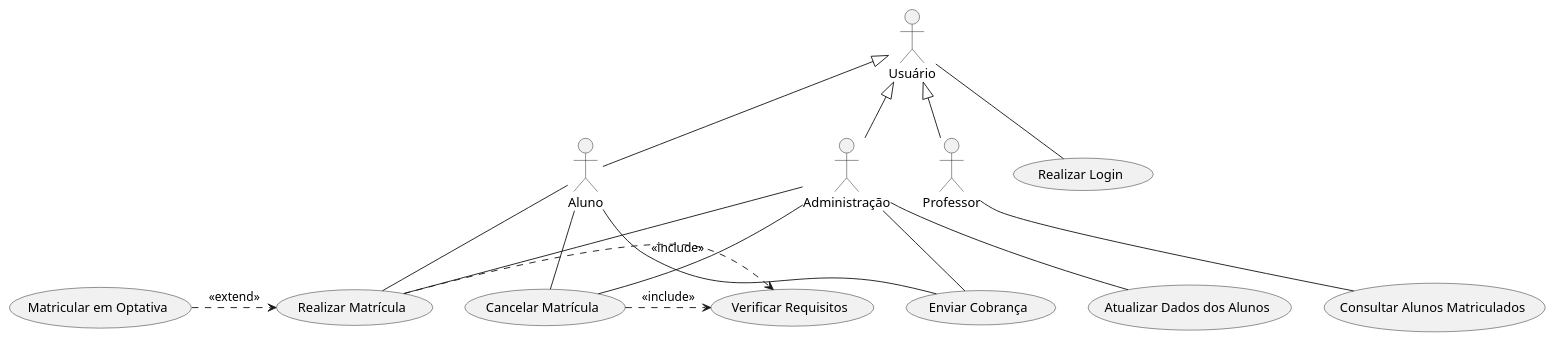
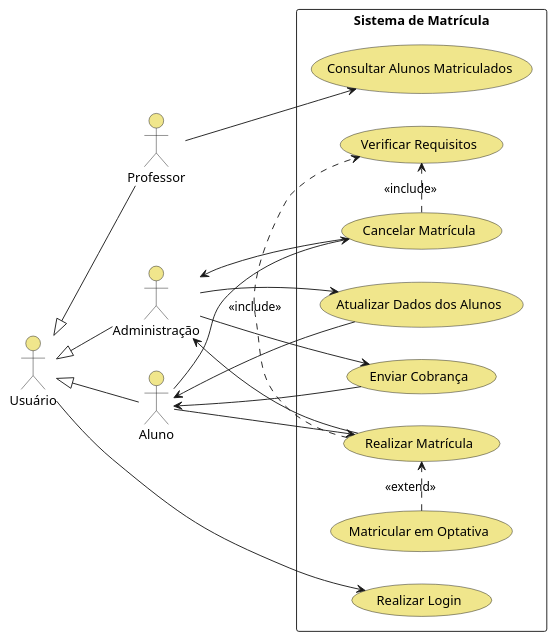
The diagram in project/code/casos-de-uso.puml (RafaelPChequer/LAB-01-SistemaDeMatricula), drawn with PlantUML before and after one commit. The commit also changed 1 other file, not shown here.

Commit message:
doc: adição da imagem dos casos de uso e alteração para utilizar setas

```diff
--- a/project/code/casos-de-uso.puml
+++ b/project/code/casos-de-uso.puml
@@ -1,25 +1,40 @@
 @startuml
 'https://plantuml.com/use-case-diagram
+
+left to right direction
+
+skinparam usecase {
+    BackgroundColor Khaki
+}
+
+skinparam actor {
+    BackgroundColor Khaki
+}
 
 :Usuário: <|-- :Aluno:
 :Usuário: <|-- :Professor:
 :Usuário: <|-- :Administração:
 
-:Usuário: -- (Realizar Login)
+rectangle "Sistema de Matrícula" {
 
-:Administração: -- (Realizar Matrícula)
-:Administração: -- (Cancelar Matrícula)
-:Administração: -- (Atualizar Dados dos Alunos)
-:Administração: -- (Enviar Cobrança)
+:Usuário: --> (Realizar Login)
 
-:Aluno: -- (Realizar Matrícula)
-:Aluno: -- (Cancelar Matrícula)
-:Aluno: -- (Enviar Cobrança)
+:Administração: <-- (Realizar Matrícula)
+:Administração: <-- (Cancelar Matrícula)
+:Administração: --> (Atualizar Dados dos Alunos)
+:Administração: --> (Enviar Cobrança)
 
-:Professor: -- (Consultar Alunos Matriculados)
+:Aluno: --> (Realizar Matrícula)
+:Aluno: --> (Cancelar Matrícula)
+:Aluno: <-- (Atualizar Dados dos Alunos)
+:Aluno: <-- (Enviar Cobrança)
 
-(Matricular em Optativa) .> (Realizar Matrícula) : <<extend>>
+:Professor: --> (Consultar Alunos Matriculados)
+
 (Realizar Matrícula) .> (Verificar Requisitos) : <<include>>
 (Cancelar Matrícula) .> (Verificar Requisitos) : <<include>>
 
+(Matricular em Optativa) .> (Realizar Matrícula) : <<extend>>
+}
+
 @enduml
```
